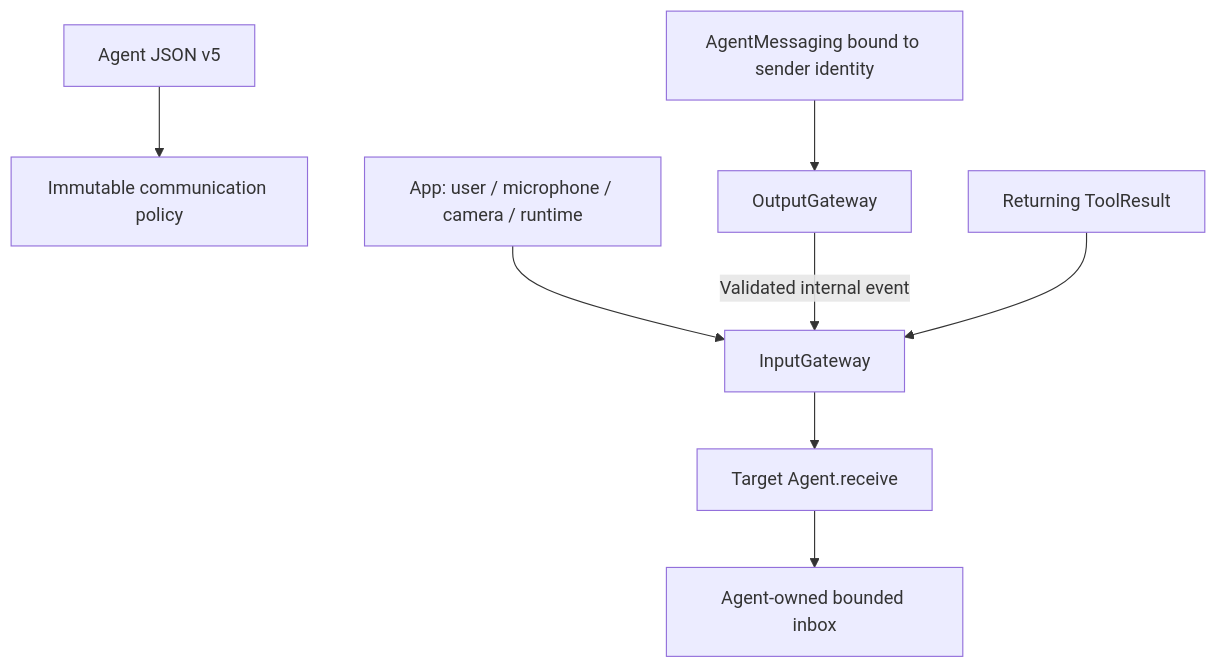
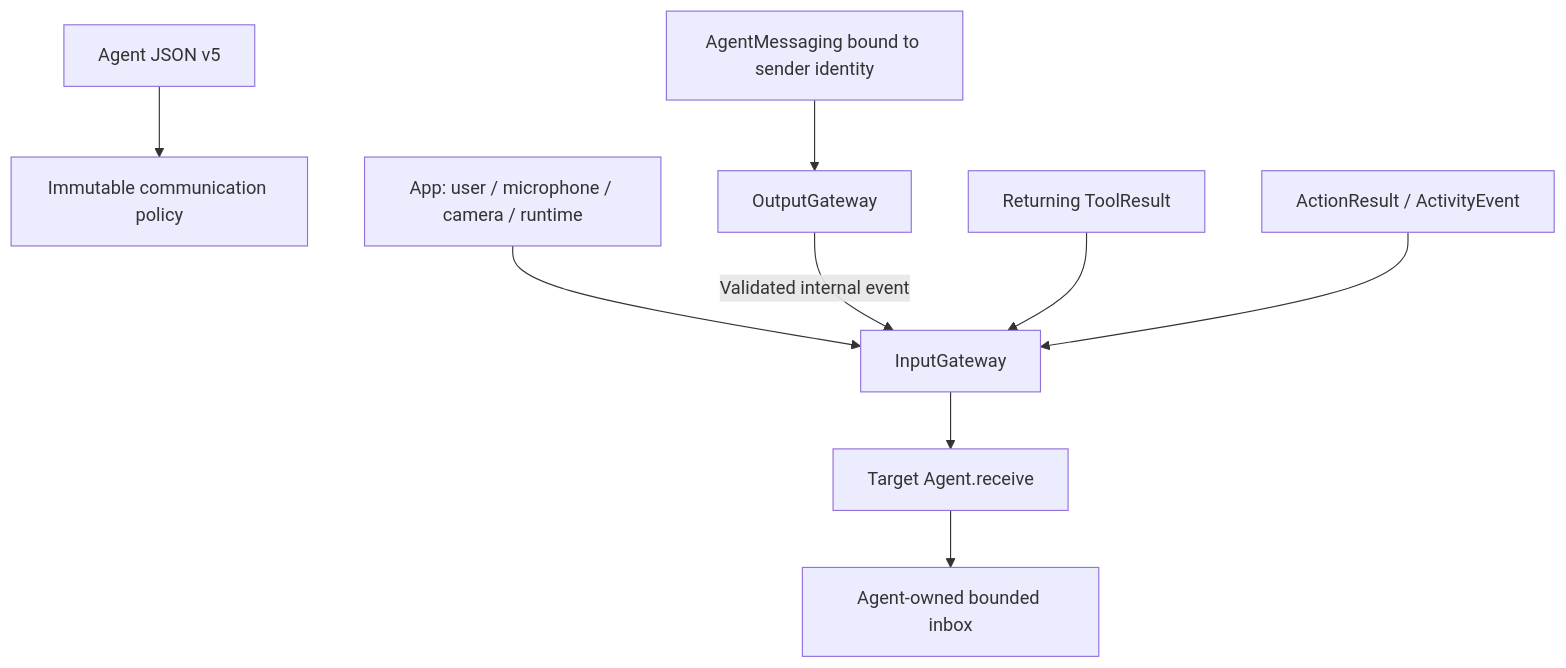
The fourth of 13 diagrams in MobileHarness/README.md (devilyouwei/MobileHarness), drawn with Mermaid before and after one commit. The commit also changed other lines of this file, not shown here.

Commit message:
docs: correct architecture flow semantics

````diff
--- a/MobileHarness/README.md
+++ b/MobileHarness/README.md
@@ -317,10 +321,11 @@
 ```mermaid
 flowchart TD
     Config[Agent JSON v5] --> Policy[Immutable communication policy]
     External[App: user / microphone / camera / runtime] --> Input[InputGateway]
     Sender[AgentMessaging bound to sender identity] --> Output[OutputGateway]
     Output -->|Validated internal event| Input
     Tool[Returning ToolResult] --> Input
+    Runtime[ActionResult / ActivityEvent] --> Input
     Input --> Target[Target Agent.receive]
     Target --> Inbox[Agent-owned bounded inbox]
 ```
````
